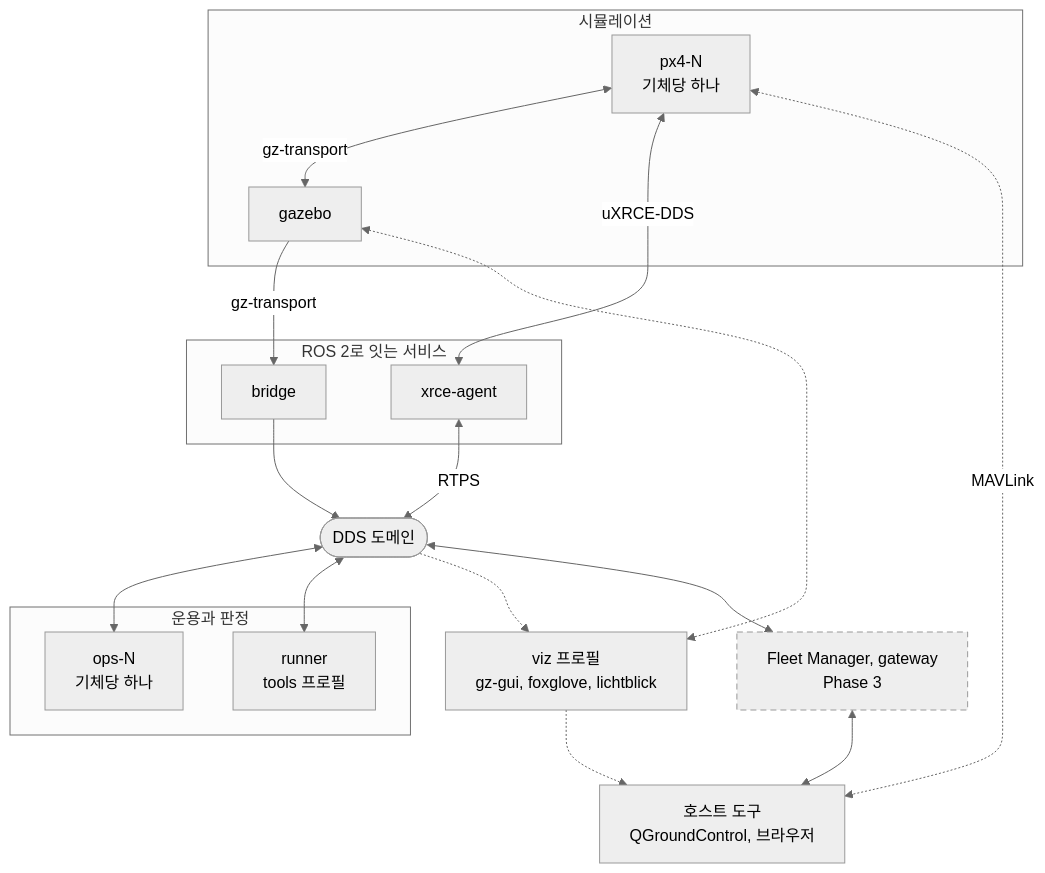
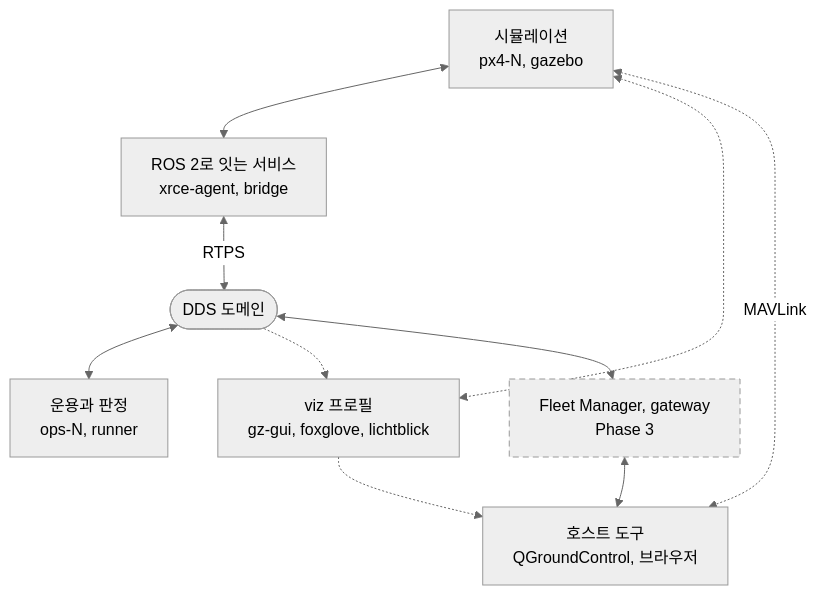
Before and after one commit to danielhongwoo/idsim: the third of 8 diagrams in docs/architecture.md, drawn with Mermaid (neutral theme). The commit also changed other lines of this file and 1 other file, not shown here.

First line of the commit message:
architecture.md의 모든 그림을 더 작은 기준으로 다시 나눔

````diff
--- a/docs/architecture.md
+++ b/docs/architecture.md
@@ -184,36 +196,23 @@
 ```mermaid
 flowchart TB
-  subgraph SIM["시뮬레이션"]
-    PX["px4-N<br/>기체당 하나"]
-    GZ["gazebo"]
-  end
-  subgraph LINK["ROS 2로 잇는 서비스"]
-    AG["xrce-agent"]
-    BR["bridge"]
-  end
+  SIM["시뮬레이션<br/>px4-N, gazebo"]
+  LINK["ROS 2로 잇는 서비스<br/>xrce-agent, bridge"]
   DDS(["DDS 도메인"])
-  subgraph ROS["운용과 판정"]
-    OPS["ops-N<br/>기체당 하나"]
-    RUN["runner<br/>tools 프로필"]
-  end
+  ROS["운용과 판정<br/>ops-N, runner"]
   VIZ["viz 프로필<br/>gz-gui, foxglove, lichtblick"]
   HOST["호스트 도구<br/>QGroundControl, 브라우저"]
   EXT["Fleet Manager, gateway<br/>Phase 3"]
 
-  PX <-->|"gz-transport"| GZ
-  PX <-->|"uXRCE-DDS"| AG
-  GZ -->|"gz-transport"| BR
-  AG <-->|"RTPS"| DDS
-  BR --> DDS
-  DDS <--> OPS
-  DDS <--> RUN
-  GZ <-.-> VIZ
+  SIM <--> LINK
+  LINK <-->|"RTPS"| DDS
+  DDS <--> ROS
+  SIM <-.-> VIZ
   DDS -.-> VIZ
   VIZ -.-> HOST
-  PX <-.->|"MAVLink"| HOST
+  SIM <-.->|"MAVLink"| HOST
   DDS <--> EXT
   EXT <--> HOST
 
   classDef later stroke-dasharray: 6 4
   class EXT later
 ```
````
